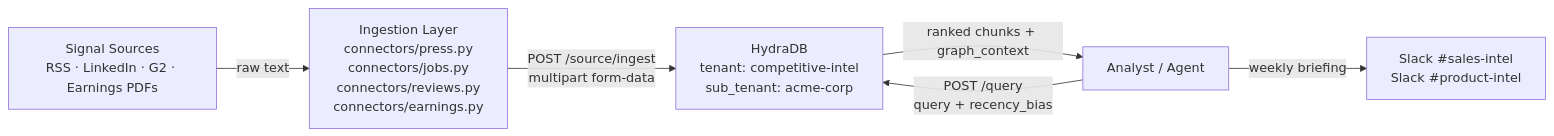
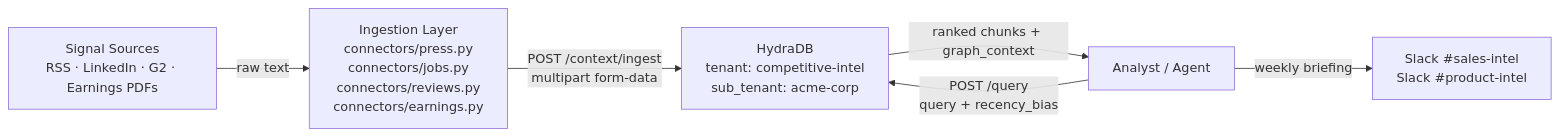
One commit to rupamghosh2006/mintlify-docs changed the diagram in cookbooks/v2/competitive-intelligence-agent.mdx. Above: the diagram before and after it, drawn with Mermaid. The commit also changed other lines of this file and 11 other files, not shown here.

Commit message:
Rename metadata fields in cookbooks/v2: tenant_metadata->metadata, document_metadata->additional_metadata, file_metadata->document_metadata, /source->/context

````diff
--- a/cookbooks/v2/competitive-intelligence-agent.mdx
+++ b/cookbooks/v2/competitive-intelligence-agent.mdx
@@ -49,8 +49,8 @@
 ```mermaid
 graph LR
     A["Signal Sources<br/>RSS · LinkedIn · G2 · Earnings PDFs"] -->|"raw text"| B["Ingestion Layer<br/>connectors/press.py<br/>connectors/jobs.py<br/>connectors/reviews.py<br/>connectors/earnings.py"]
-    B -->|"POST /source/ingest<br/>multipart form-data"| C["HydraDB<br/>tenant: competitive-intel<br/>sub_tenant: acme-corp"]
+    B -->|"POST /context/ingest<br/>multipart form-data"| C["HydraDB<br/>tenant: competitive-intel<br/>sub_tenant: acme-corp"]
     D["Analyst / Agent"] -->|"POST /query<br/>query + recency_bias"| C
     C -->|"ranked chunks + graph_context"| D
     D -->|"weekly briefing"| E["Slack #sales-intel<br/>Slack #product-intel"]
 ```
````
